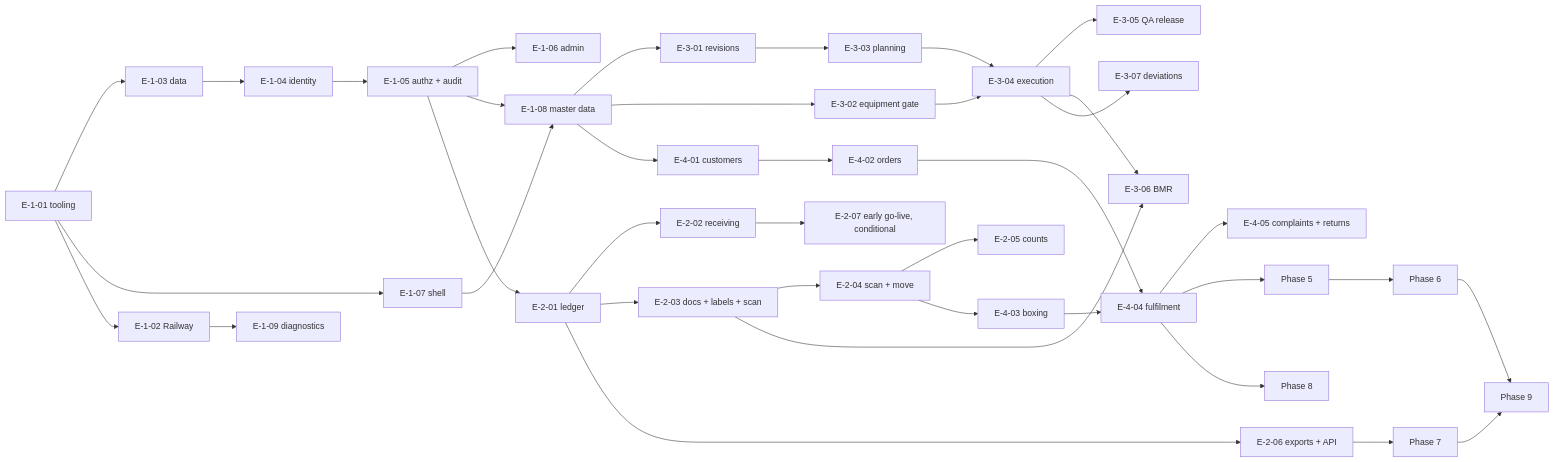
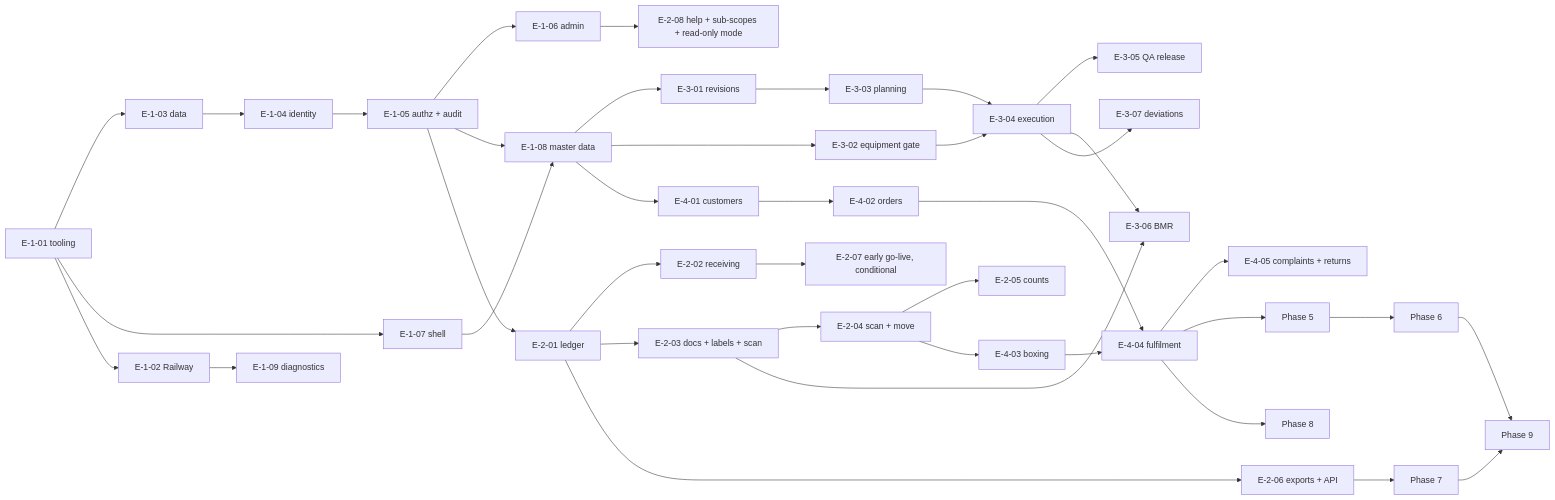
Before and after one commit to jaygglypuff/bryels-care: the diagram in docs/backlog.md, drawn with Mermaid. The commit also changed other lines of this file, not shown here.

````diff
--- a/docs/backlog.md
+++ b/docs/backlog.md
@@ -187,23 +189,24 @@
 ```mermaid
 flowchart LR
   E101[E-1-01 tooling] --> E103[E-1-03 data] --> E104[E-1-04 identity] --> E105[E-1-05 authz + audit] --> E106[E-1-06 admin]
   E101 --> E107[E-1-07 shell] --> E108[E-1-08 master data]
   E105 --> E108
   E101 --> E102[E-1-02 Railway] --> E109[E-1-09 diagnostics]
   E105 --> E201[E-2-01 ledger] --> E202[E-2-02 receiving]
   E201 --> E203[E-2-03 docs + labels + scan] --> E204[E-2-04 scan + move] --> E205[E-2-05 counts]
   E201 --> E206[E-2-06 exports + API]
-  E202 --> E207[E-2-07 early go-live, conditional]
+  E202 --> E207["E-2-07 early go-live, conditional"]
+  E106 --> E208[E-2-08 help + sub-scopes + read-only mode]
   E108 --> E301[E-3-01 revisions] --> E303[E-3-03 planning] --> E304[E-3-04 execution] --> E305[E-3-05 QA release]
   E108 --> E302[E-3-02 equipment gate] --> E304
   E203 --> E306[E-3-06 BMR] 
   E304 --> E306
   E304 --> E307[E-3-07 deviations]
   E108 --> E401[E-4-01 customers] --> E402[E-4-02 orders] --> E404[E-4-04 fulfilment]
   E204 --> E403[E-4-03 boxing] --> E404 --> E405[E-4-05 complaints + returns]
   E404 --> E5[Phase 5] --> E6[Phase 6]
   E206 --> E7[Phase 7]
   E404 --> E8[Phase 8]
   E6 --> E9[Phase 9]
   E7 --> E9
 ```
````
